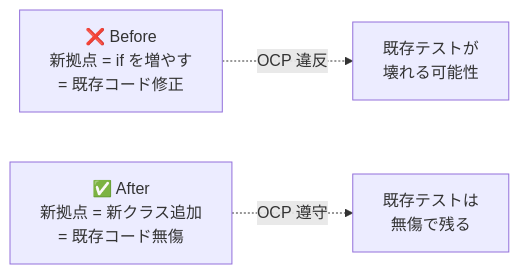
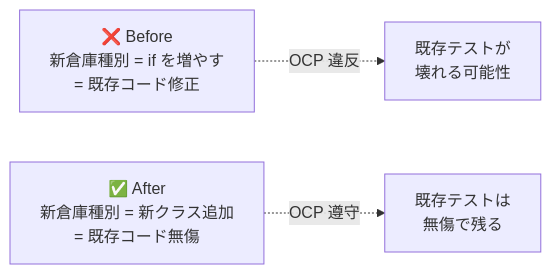
Before and after one commit to SakakitaniJunya/zenn-articles: the fourth of 5 diagrams in books/clean-arch-book/08-domain-service-strategy.md, drawn with Mermaid. The commit also changed other lines of this file and 1 other file, not shown here.

````diff
--- a/books/clean-arch-book/08-domain-service-strategy.md
+++ b/books/clean-arch-book/08-domain-service-strategy.md
@@ -228,8 +235,8 @@
 ```mermaid
 flowchart LR
-    Before["❌ Before<br/>新拠点 = if を増やす<br/>= 既存コード修正"]
-    After["✅ After<br/>新拠点 = 新クラス追加<br/>= 既存コード無傷"]
+    Before["❌ Before<br/>新倉庫種別 = if を増やす<br/>= 既存コード修正"]
+    After["✅ After<br/>新倉庫種別 = 新クラス追加<br/>= 既存コード無傷"]
 
     Before -.->|"OCP 違反"| Risk1["既存テストが<br/>壊れる可能性"]
     After -.->|"OCP 遵守"| Safe1["既存テストは<br/>無傷で残る"]
 ```
````
